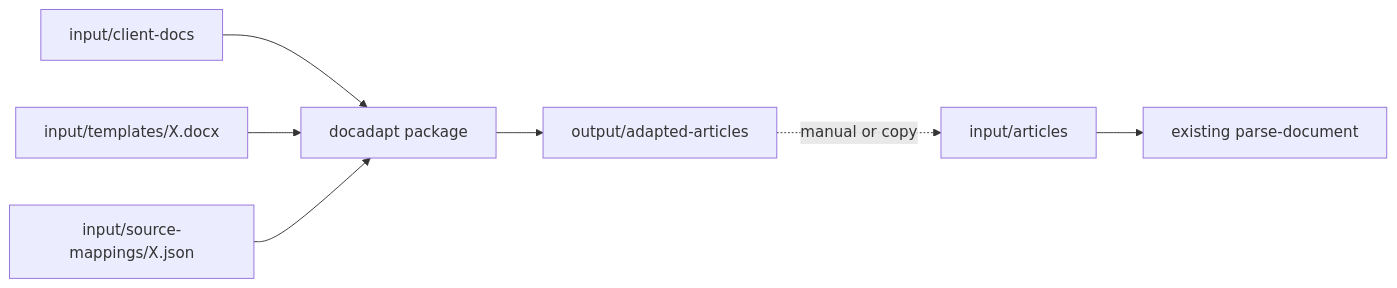
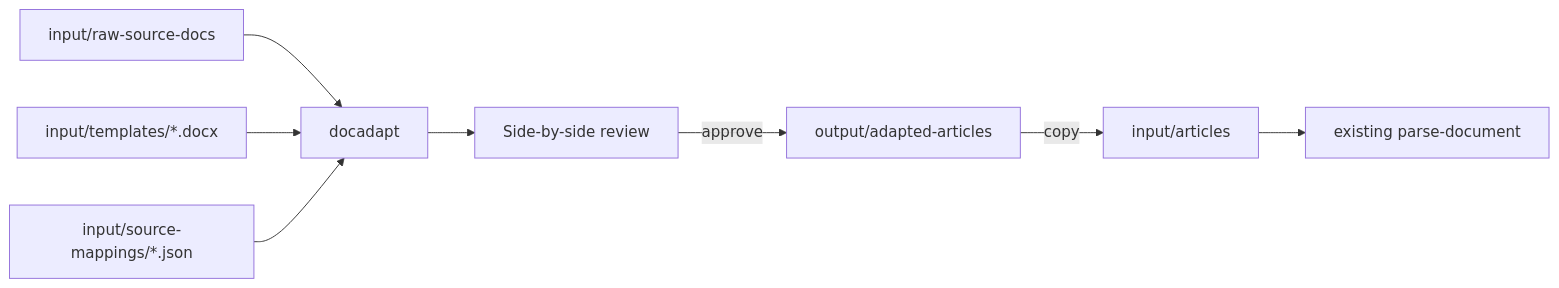
Before and after one commit to manikanta-iquanti/aem-automation-java-v1: the diagram in docs/plans/client-doc-to-template.md, drawn with Mermaid. The commit also changed other lines of this file and 31 other files, not shown here.

Commit message:
Document adapt feature - from client source to template structure

````diff
--- a/docs/plans/client-doc-to-template.md
+++ b/docs/plans/client-doc-to-template.md
@@ -27,9 +21,10 @@
 ```mermaid
 flowchart LR
-  client[input/client-docs] --> adapt[docadapt package]
-  template[input/templates/X.docx] --> adapt
-  mapping[input/source-mappings/X.json] --> adapt
-  adapt --> out[output/adapted-articles]
-  out -.->|manual or copy| articles[input/articles]
+  raw[input/raw-source-docs] --> adapt[docadapt]
+  tmpl[input/templates/*.docx] --> adapt
+  map[input/source-mappings/*.json] --> adapt
+  adapt --> review[Side-by-side review]
+  review -->|approve| out[output/adapted-articles]
+  out -->|copy| articles[input/articles]
   articles --> phase2[existing parse-document]
 ```
````
